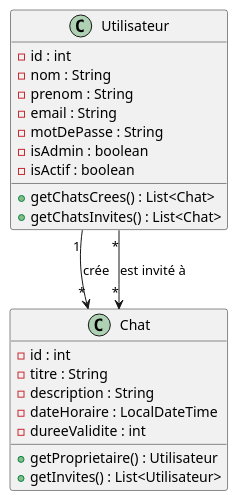
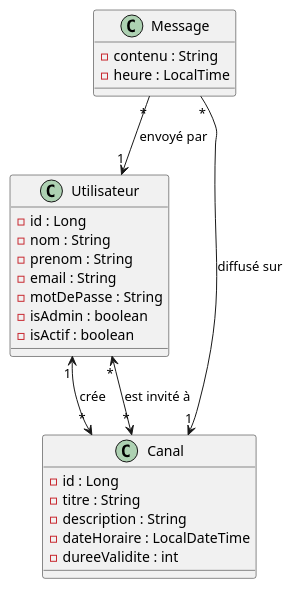
The diagram in MCD/MCD.md (JulesZHAO/chat_application), drawn with PlantUML before and after one commit. The commit also changed 5 other files, not shown here.

```diff
--- a/MCD/MCD.md
+++ b/MCD/MCD.md
@@ -1,26 +1,32 @@
 @startuml
 class Utilisateur {
-    - id : int
+    - id : Long
     - nom : String
     - prenom : String
     - email : String
     - motDePasse : String
     - isAdmin : boolean
     - isActif : boolean
-    + getChatsCrees() : List<Chat>
-    + getChatsInvites() : List<Chat>
 }
 
-class Chat {
-    - id : int
+class Canal {
+    - id : Long
     - titre : String
     - description : String
     - dateHoraire : LocalDateTime
     - dureeValidite : int
-    + getProprietaire() : Utilisateur
-    + getInvites() : List<Utilisateur>
 }
-' Relations
-Utilisateur "1" --> "*" Chat : crée
-Utilisateur "*" --> "*" Chat : est invité à
+
+class Message {
+    - contenu : String
+    - heure : LocalTime
+}
+
+' Relations liées à la gestion des canaux
+Utilisateur "1" <--> "*" Canal : crée
+Utilisateur "*" <--> "*" Canal : est invité à
+
+' Relations liées à la diffusion en temps réel (WebSocket)
+Message "*" --> "1" Canal : diffusé sur
+Message "*" --> "1" Utilisateur : envoyé par
 @enduml
```
